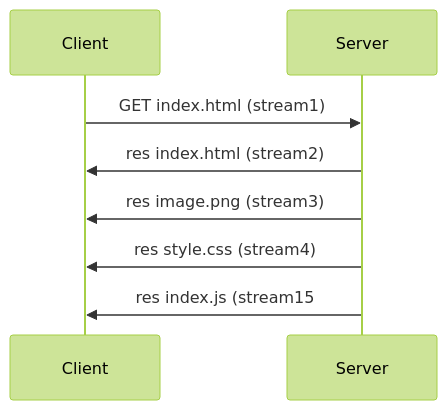
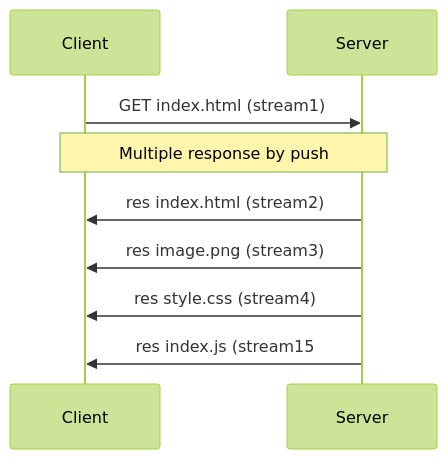
One commit to sugan0tech/obsidian-notes changed the third of 3 diagrams in concepts/HTTP 2.md. Above: the diagram before and after it, drawn with Mermaid (forest theme). The commit also changed other lines of this file and 5 other files, not shown here.

````diff
--- a/concepts/HTTP 2.md
+++ b/concepts/HTTP 2.md
@@ -58,9 +58,10 @@
  ```mermaid
  sequenceDiagram
 	 Client->>Server: GET index.html (stream1)
+	 Note over Client,Server: Multiple response by push
 	 Server->>Client: res index.html (stream2)
 	 Server->>Client: res image.png (stream3)
 	 Server->>Client: res style.css (stream4)
 	 Server->>Client: res index.js (stream15
 	 
 ```
````
